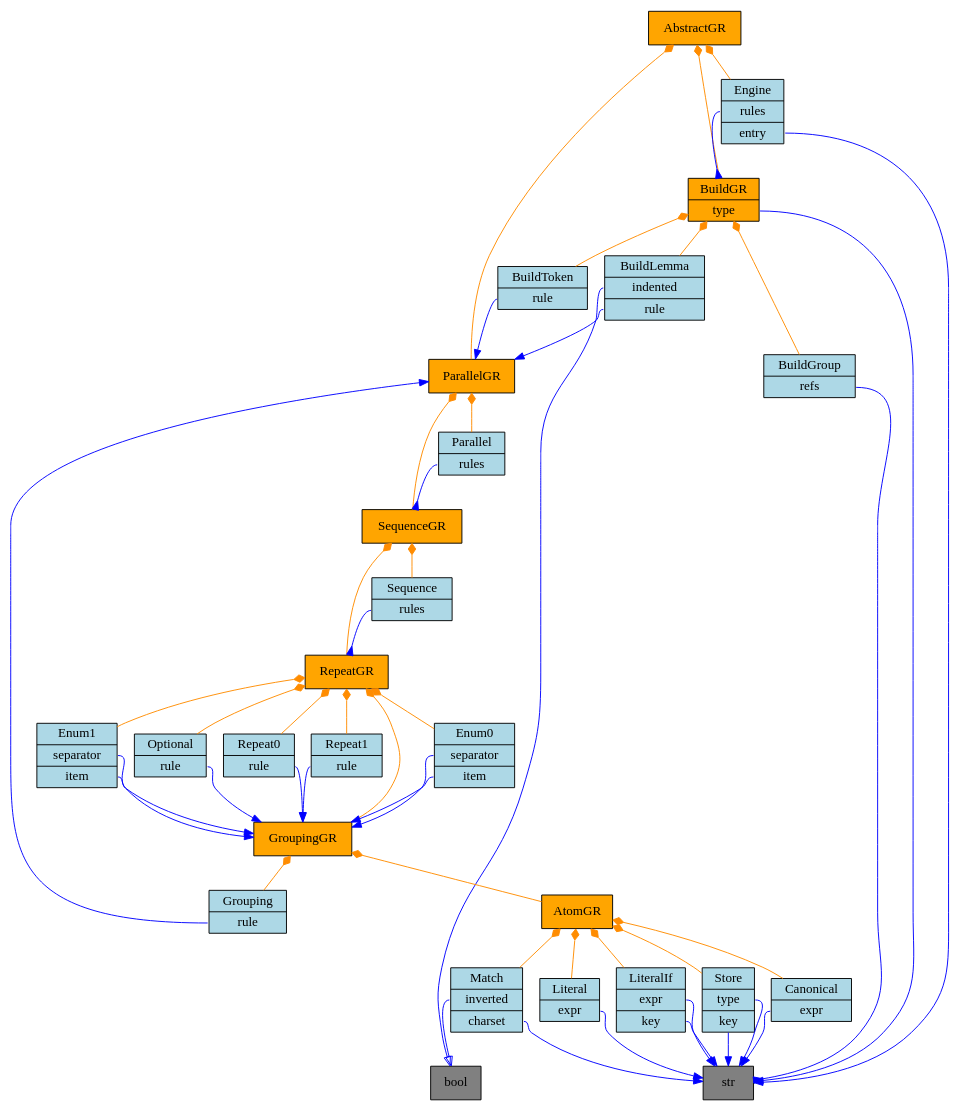
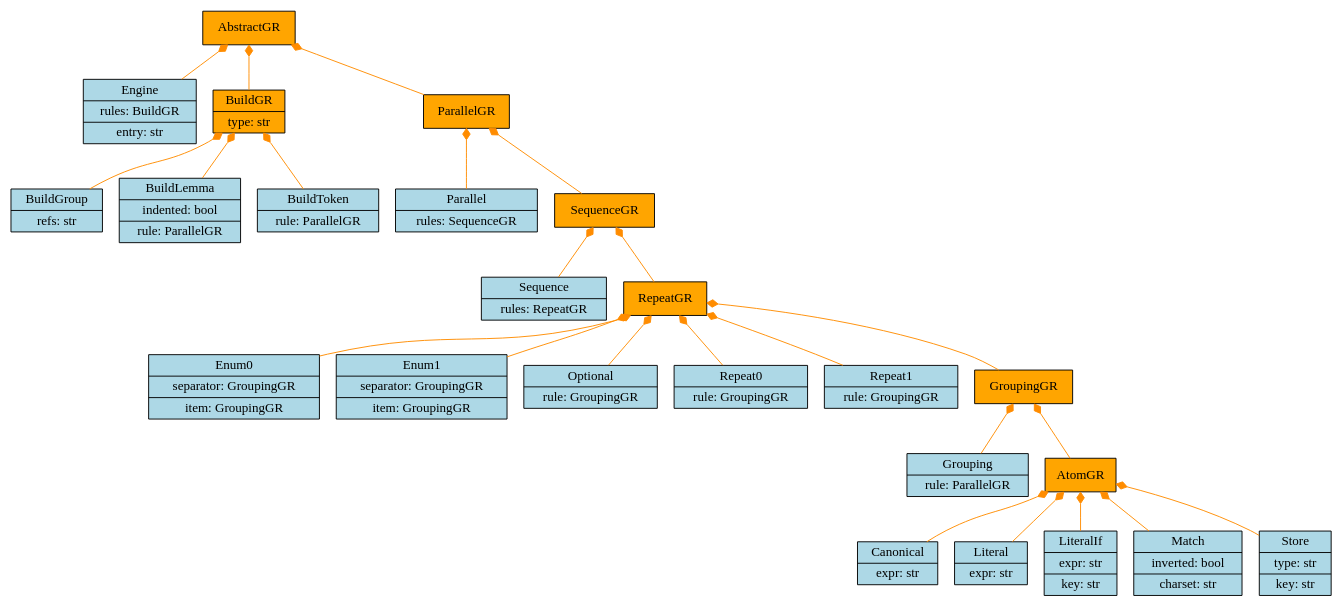
The diagram in language/base/bnf/v0_2_0/graph.gv (GabrielAmare/Language), drawn with Graphviz before and after one commit. The commit also changed 8 other files, not shown here.

Commit message:
used utils.graph.structures for ClassManager.use_graph

```diff
--- a/language/base/bnf/v0_2_0/graph.gv
+++ b/language/base/bnf/v0_2_0/graph.gv
@@ -1,76 +1,49 @@
 digraph {
 	AbstractGR [label="{ <> AbstractGR  }" fillcolor=orange shape=record style=filled]
-	bool [label=bool fillcolor=gray shape=rect style=filled]
-	str [label=str fillcolor=gray shape=rect style=filled]
-	Engine [label="{ <> Engine | <rules> rules  | <entry> entry  }" fillcolor=lightblue shape=record style=filled]
-	BuildGR [label="{ <> BuildGR | <type> type  }" fillcolor=orange shape=record style=filled]
+	Engine [label="{ <> Engine | <rules> rules: BuildGR | <entry> entry: str }" fillcolor=lightblue shape=record style=filled]
+	BuildGR [label="{ <> BuildGR | <type> type: str }" fillcolor=orange shape=record style=filled]
 	ParallelGR [label="{ <> ParallelGR  }" fillcolor=orange shape=record style=filled]
-	BuildGroup [label="{ <> BuildGroup | <refs> refs  }" fillcolor=lightblue shape=record style=filled]
-	BuildLemma [label="{ <> BuildLemma | <indented> indented  | <rule> rule  }" fillcolor=lightblue shape=record style=filled]
-	BuildToken [label="{ <> BuildToken | <rule> rule  }" fillcolor=lightblue shape=record style=filled]
-	Parallel [label="{ <> Parallel | <rules> rules  }" fillcolor=lightblue shape=record style=filled]
+	BuildGroup [label="{ <> BuildGroup | <refs> refs: str }" fillcolor=lightblue shape=record style=filled]
+	BuildLemma [label="{ <> BuildLemma | <indented> indented: bool | <rule> rule: ParallelGR }" fillcolor=lightblue shape=record style=filled]
+	BuildToken [label="{ <> BuildToken | <rule> rule: ParallelGR }" fillcolor=lightblue shape=record style=filled]
+	Parallel [label="{ <> Parallel | <rules> rules: SequenceGR }" fillcolor=lightblue shape=record style=filled]
 	SequenceGR [label="{ <> SequenceGR  }" fillcolor=orange shape=record style=filled]
-	Sequence [label="{ <> Sequence | <rules> rules  }" fillcolor=lightblue shape=record style=filled]
+	Sequence [label="{ <> Sequence | <rules> rules: RepeatGR }" fillcolor=lightblue shape=record style=filled]
 	RepeatGR [label="{ <> RepeatGR  }" fillcolor=orange shape=record style=filled]
-	Enum0 [label="{ <> Enum0 | <separator> separator  | <item> item  }" fillcolor=lightblue shape=record style=filled]
-	Enum1 [label="{ <> Enum1 | <separator> separator  | <item> item  }" fillcolor=lightblue shape=record style=filled]
-	Optional [label="{ <> Optional | <rule> rule  }" fillcolor=lightblue shape=record style=filled]
-	Repeat0 [label="{ <> Repeat0 | <rule> rule  }" fillcolor=lightblue shape=record style=filled]
-	Repeat1 [label="{ <> Repeat1 | <rule> rule  }" fillcolor=lightblue shape=record style=filled]
+	Enum0 [label="{ <> Enum0 | <separator> separator: GroupingGR | <item> item: GroupingGR }" fillcolor=lightblue shape=record style=filled]
+	Enum1 [label="{ <> Enum1 | <separator> separator: GroupingGR | <item> item: GroupingGR }" fillcolor=lightblue shape=record style=filled]
+	Optional [label="{ <> Optional | <rule> rule: GroupingGR }" fillcolor=lightblue shape=record style=filled]
+	Repeat0 [label="{ <> Repeat0 | <rule> rule: GroupingGR }" fillcolor=lightblue shape=record style=filled]
+	Repeat1 [label="{ <> Repeat1 | <rule> rule: GroupingGR }" fillcolor=lightblue shape=record style=filled]
 	GroupingGR [label="{ <> GroupingGR  }" fillcolor=orange shape=record style=filled]
-	Grouping [label="{ <> Grouping | <rule> rule  }" fillcolor=lightblue shape=record style=filled]
+	Grouping [label="{ <> Grouping | <rule> rule: ParallelGR }" fillcolor=lightblue shape=record style=filled]
 	AtomGR [label="{ <> AtomGR  }" fillcolor=orange shape=record style=filled]
-	Canonical [label="{ <> Canonical | <expr> expr  }" fillcolor=lightblue shape=record style=filled]
-	Literal [label="{ <> Literal | <expr> expr  }" fillcolor=lightblue shape=record style=filled]
-	LiteralIf [label="{ <> LiteralIf | <expr> expr  | <key> key  }" fillcolor=lightblue shape=record style=filled]
-	Match [label="{ <> Match | <inverted> inverted  | <charset> charset  }" fillcolor=lightblue shape=record style=filled]
-	Store [label="{ <> Store | <type> type  | <key> key  }" fillcolor=lightblue shape=record style=filled]
+	Canonical [label="{ <> Canonical | <expr> expr: str }" fillcolor=lightblue shape=record style=filled]
+	Literal [label="{ <> Literal | <expr> expr: str }" fillcolor=lightblue shape=record style=filled]
+	LiteralIf [label="{ <> LiteralIf | <expr> expr: str | <key> key: str }" fillcolor=lightblue shape=record style=filled]
+	Match [label="{ <> Match | <inverted> inverted: bool | <charset> charset: str }" fillcolor=lightblue shape=record style=filled]
+	Store [label="{ <> Store | <type> type: str | <key> key: str }" fillcolor=lightblue shape=record style=filled]
 	AbstractGR -> Engine [arrowtail=diamond color=darkorange dir=back]
 	AbstractGR -> BuildGR [arrowtail=diamond color=darkorange dir=back]
 	AbstractGR -> ParallelGR [arrowtail=diamond color=darkorange dir=back]
-	Engine:entry -> str [arrowhead=normal color=blue]
-	Engine:rules -> BuildGR [arrowhead=inv color=blue]
 	BuildGR -> BuildGroup [arrowtail=diamond color=darkorange dir=back]
 	BuildGR -> BuildLemma [arrowtail=diamond color=darkorange dir=back]
 	BuildGR -> BuildToken [arrowtail=diamond color=darkorange dir=back]
-	BuildGR:type -> str [arrowhead=normal color=blue]
 	ParallelGR -> Parallel [arrowtail=diamond color=darkorange dir=back]
 	ParallelGR -> SequenceGR [arrowtail=diamond color=darkorange dir=back]
-	BuildGroup:refs -> str [arrowhead=inv color=blue]
-	BuildLemma:indented -> bool [arrowhead=onormal color=blue]
-	BuildLemma:rule -> ParallelGR [arrowhead=normal color=blue]
-	BuildToken:rule -> ParallelGR [arrowhead=normal color=blue]
-	Parallel:rules -> SequenceGR [arrowhead=inv color=blue]
 	SequenceGR -> Sequence [arrowtail=diamond color=darkorange dir=back]
 	SequenceGR -> RepeatGR [arrowtail=diamond color=darkorange dir=back]
-	Sequence:rules -> RepeatGR [arrowhead=inv color=blue]
 	RepeatGR -> Enum0 [arrowtail=diamond color=darkorange dir=back]
 	RepeatGR -> Enum1 [arrowtail=diamond color=darkorange dir=back]
 	RepeatGR -> Optional [arrowtail=diamond color=darkorange dir=back]
 	RepeatGR -> Repeat0 [arrowtail=diamond color=darkorange dir=back]
 	RepeatGR -> Repeat1 [arrowtail=diamond color=darkorange dir=back]
 	RepeatGR -> GroupingGR [arrowtail=diamond color=darkorange dir=back]
-	Enum0:item -> GroupingGR [arrowhead=normal color=blue]
-	Enum0:separator -> GroupingGR [arrowhead=normal color=blue]
-	Enum1:item -> GroupingGR [arrowhead=normal color=blue]
-	Enum1:separator -> GroupingGR [arrowhead=normal color=blue]
-	Optional:rule -> GroupingGR [arrowhead=normal color=blue]
-	Repeat0:rule -> GroupingGR [arrowhead=normal color=blue]
-	Repeat1:rule -> GroupingGR [arrowhead=normal color=blue]
 	GroupingGR -> Grouping [arrowtail=diamond color=darkorange dir=back]
 	GroupingGR -> AtomGR [arrowtail=diamond color=darkorange dir=back]
-	Grouping:rule -> ParallelGR [arrowhead=normal color=blue]
 	AtomGR -> Canonical [arrowtail=diamond color=darkorange dir=back]
 	AtomGR -> Literal [arrowtail=diamond color=darkorange dir=back]
 	AtomGR -> LiteralIf [arrowtail=diamond color=darkorange dir=back]
 	AtomGR -> Match [arrowtail=diamond color=darkorange dir=back]
 	AtomGR -> Store [arrowtail=diamond color=darkorange dir=back]
-	Canonical:expr -> str [arrowhead=normal color=blue]
-	Literal:expr -> str [arrowhead=normal color=blue]
-	LiteralIf:expr -> str [arrowhead=normal color=blue]
-	LiteralIf:key -> str [arrowhead=normal color=blue]
-	Match:charset -> str [arrowhead=normal color=blue]
-	Match:inverted -> bool [arrowhead=onormal color=blue]
-	Store:key -> str [arrowhead=normal color=blue]
-	Store:type -> str [arrowhead=normal color=blue]
 }
```
